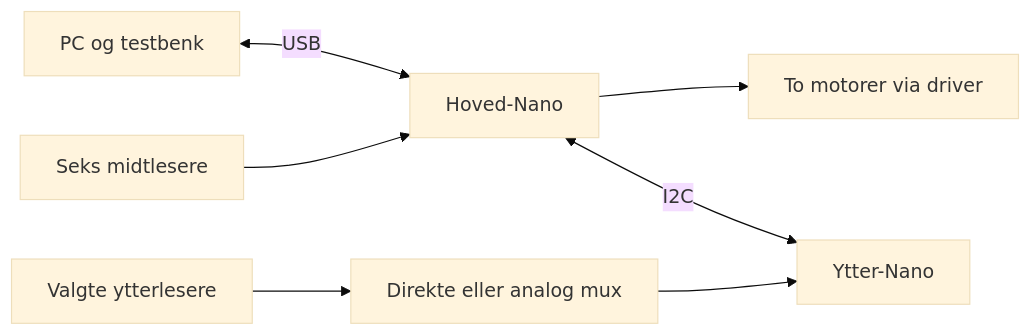
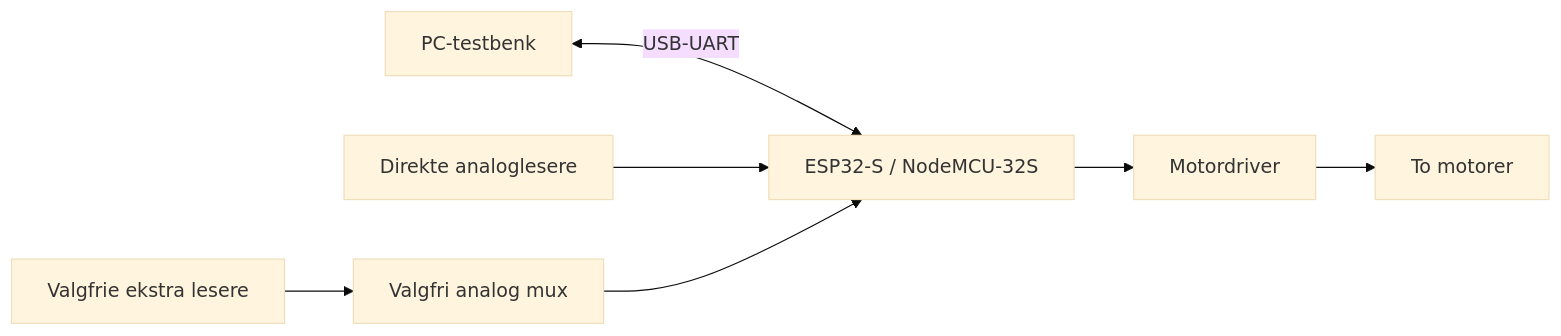
The diagram in docs/LINJEFOLGEREN.md (TonzN/linefollower), drawn with Mermaid (base theme) before and after one commit. The commit also changed other lines of this file and 48 other files, not shown here.

First line of the commit message:
Porter linjefølgeren til ESP32 med 12 lesere og valgfri mux

````diff
--- a/docs/LINJEFOLGEREN.md
+++ b/docs/LINJEFOLGEREN.md
@@ -19,9 +5,9 @@
 ```mermaid
 flowchart LR
-    PC[PC og testbenk] <-->|USB| Main[Hoved-Nano]
-    Center[Seks midtlesere] --> Main
-    Main --> Motors[To motorer via driver]
-    Main <-->|I2C| Side[Ytter-Nano]
-    Outer[Valgte ytterlesere] --> Mux[Direkte eller analog mux]
-    Mux --> Side
+    PC[PC-testbenk] <-->|USB-UART| MCU[ESP32-S / NodeMCU-32S]
+    Direct[Direkte analoglesere] --> MCU
+    Optional[Valgfrie ekstra lesere] --> MUX[Valgfri analog mux]
+    MUX --> MCU
+    MCU --> Driver[Motordriver]
+    Driver --> Motors[To motorer]
 ```
````
